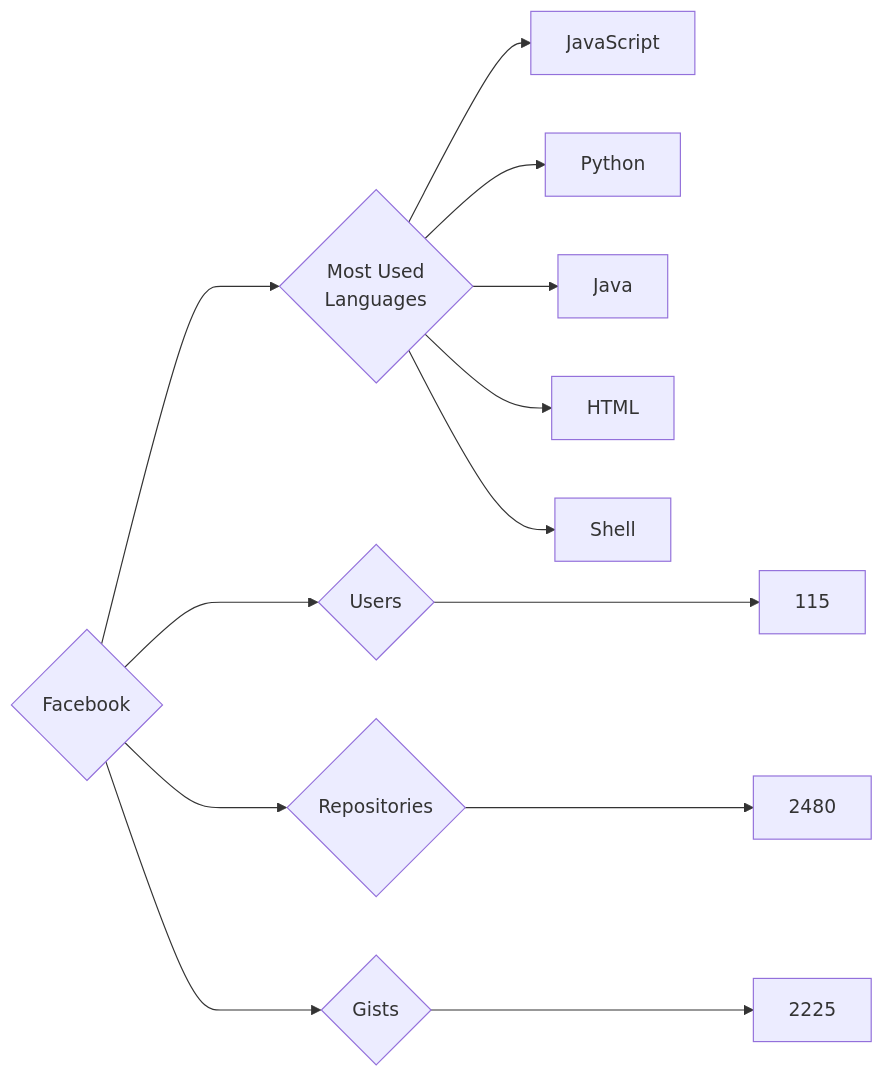
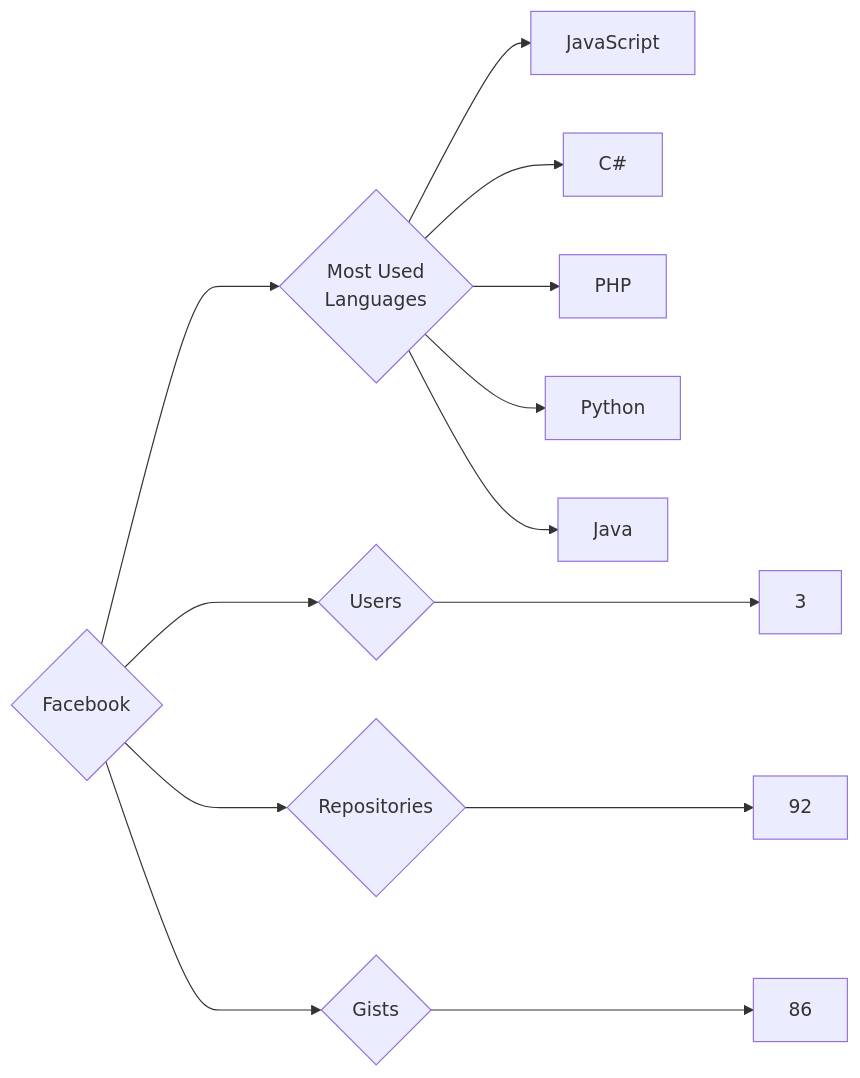
One commit to trickest/insiders changed the diagram in targets/Facebook/README.md. Above: the diagram before and after it, drawn with Mermaid. The commit also changed 872 other files, not shown here.

````diff
--- a/targets/Facebook/README.md
+++ b/targets/Facebook/README.md
@@ -3,13 +3,13 @@
 ```mermaid
 graph LR
 COMPANY_NAME{Facebook}
-COMPANY_NAME ---> U{Users} ---> UN[115]
-COMPANY_NAME ---> R{Repositories} ---> RN[2480]
-COMPANY_NAME ---> G{Gists} ---> GN[2225]
+COMPANY_NAME ---> U{Users} ---> UN[3]
+COMPANY_NAME ---> R{Repositories} ---> RN[92]
+COMPANY_NAME ---> G{Gists} ---> GN[86]
 COMPANY_NAME ---> ML{Most Used<br>Languages}
 ML --> JavaScript[JavaScript]
+ML --> C#[C#]
+ML --> PHP[PHP]
 ML --> Python[Python]
 ML --> Java[Java]
-ML --> HTML[HTML]
-ML --> Shell[Shell]
 ```
````
